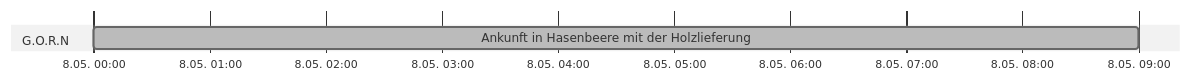
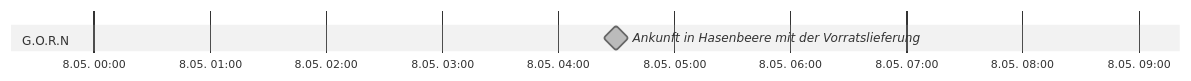
One commit to LorenJaffrey/DnD_PFT changed diagram 15 of 20 in Kampagne/Timeline Kampagne 2.md. Above: the diagram before and after it, drawn with Mermaid (neutral theme). The commit also changed other lines of this file and 2 other files, not shown here.

````diff
--- a/Kampagne/Timeline Kampagne 2.md
+++ b/Kampagne/Timeline Kampagne 2.md
@@ -251,9 +251,9 @@
 ```mermaid
 gantt
 	dateFormat HH:mm
 	axisFormat %e.%m. %H:%M
 	tickinterval 1hour
 	weekday monday
 	section G.O.R.N
-		Ankunft in Hasenbeere mit der Holzlieferung: done, a1, 2024-05-08 00:00, 9h
+		Ankunft in Hasenbeere mit der Vorratslieferung: done, milestone, a1, 2024-05-08 00:00, 9h
 ```
````
